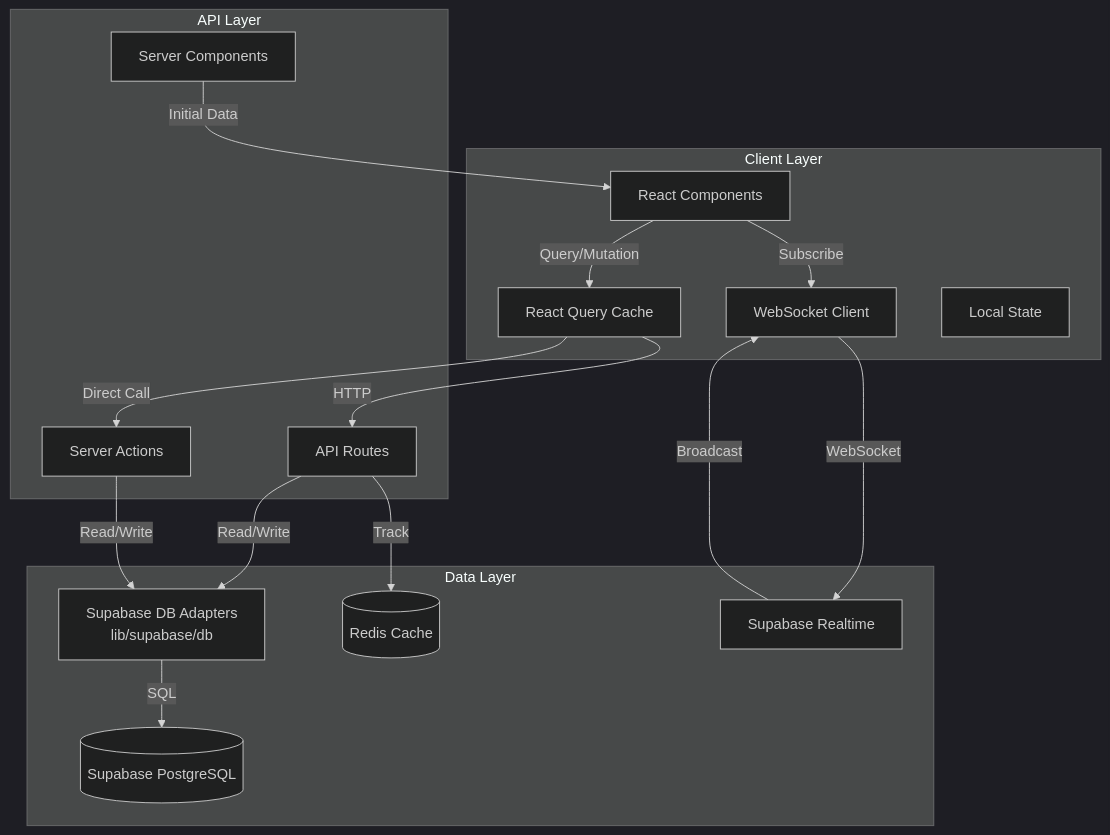
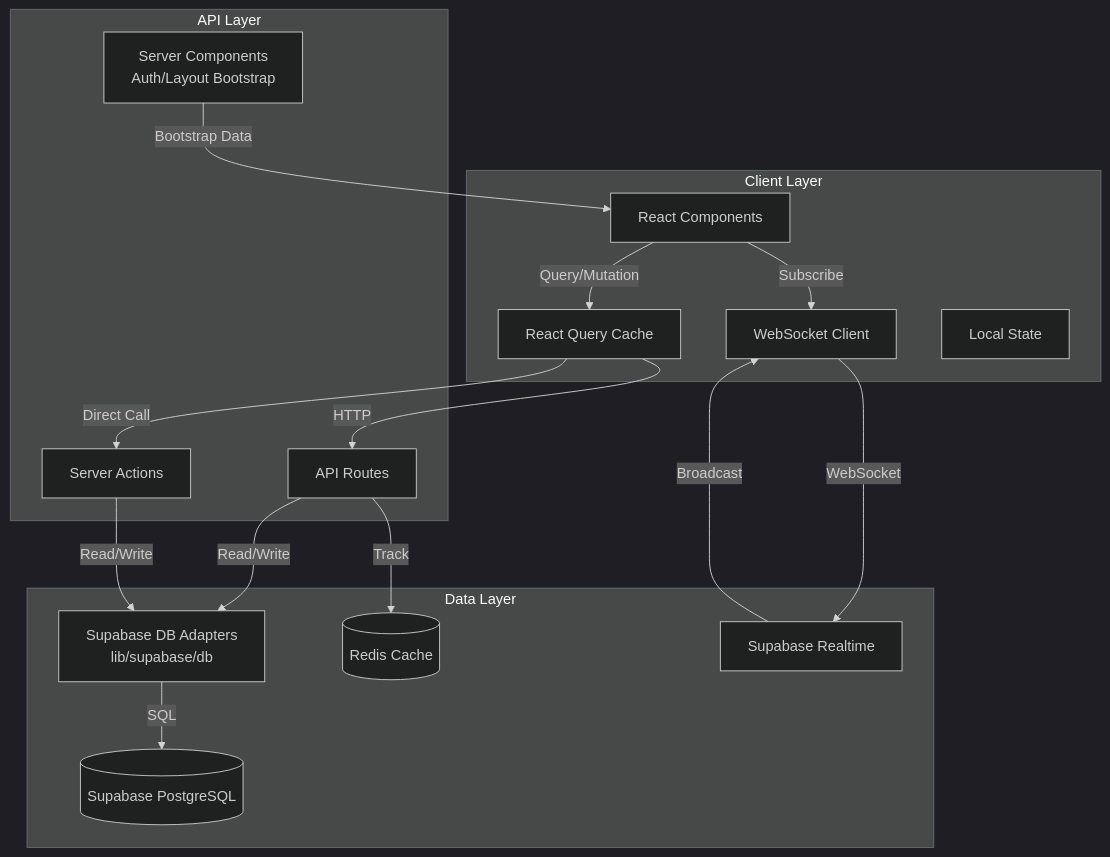
The first of 21 diagrams in docs/DATA_FLOW_ARCHITECTURE.md (jtclarkjr/realtime-chat-react), drawn with Mermaid (dark theme) before and after one commit. The commit also changed other lines of this file, not shown here.

Commit message:
docs: update data flow system overview uml

````diff
--- a/docs/DATA_FLOW_ARCHITECTURE.md
+++ b/docs/DATA_FLOW_ARCHITECTURE.md
@@ -41,34 +41,34 @@
 ```mermaid
 graph TB
     subgraph "Client Layer"
         UI[React Components]
         RQ[React Query Cache]
         WS[WebSocket Client]
         LS[Local State]
     end
 
     subgraph "API Layer"
         API[API Routes]
         SA[Server Actions]
-        SSR[Server Components]
+        SSR[Server Components<br/>Auth/Layout Bootstrap]
     end
 
     subgraph "Data Layer"
         DAL[Supabase DB Adapters<br/>lib/supabase/db]
         DB[(Supabase PostgreSQL)]
         Redis[(Redis Cache)]
         RT[Supabase Realtime]
     end
 
     UI -->|Query/Mutation| RQ
     RQ -->|HTTP| API
     RQ -->|Direct Call| SA
     UI -->|Subscribe| WS
     WS -->|WebSocket| RT
     API -->|Read/Write| DAL
     SA -->|Read/Write| DAL
     DAL -->|SQL| DB
     API -->|Track| Redis
     RT -->|Broadcast| WS
-    SSR -->|Initial Data| UI
+    SSR -->|Bootstrap Data| UI
 ```
````
